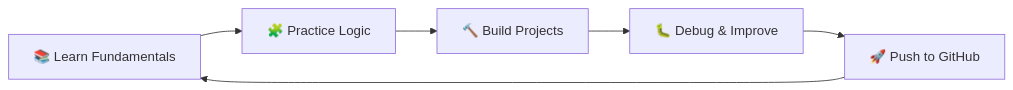
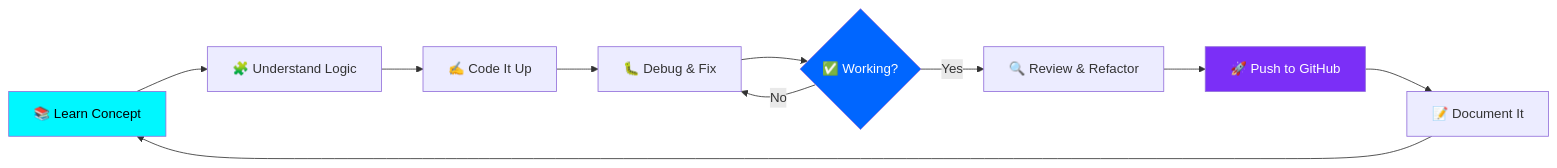
Before and after one commit to sanjeetkumar989159-hub/sanjeetkumar989159-hub: the diagram in README.md, drawn with Mermaid. The commit also changed other lines of this file, not shown here.

````diff
--- a/README.md
+++ b/README.md
@@ -106,8 +154,16 @@
 ```mermaid
-graph LR;
-  A[📚 Learn Fundamentals] --> B[🧩 Practice Logic]
-  B --> C[🔨 Build Projects]
-  C --> D[🐛 Debug & Improve]
-  D --> E[🚀 Push to GitHub]
-  E --> A
+graph LR
+    A[📚 Learn Concept] --> B[🧩 Understand Logic]
+    B --> C[✍️ Code It Up]
+    C --> D[🐛 Debug & Fix]
+    D --> E{✅ Working?}
+    E -- No --> D
+    E -- Yes --> F[🔍 Review & Refactor]
+    F --> G[🚀 Push to GitHub]
+    G --> H[📝 Document It]
+    H --> A
+
+    style A fill:#00F7FF,color:#000
+    style G fill:#7B2FF7,color:#fff
+    style E fill:#0066FF,color:#fff
 ```
````
